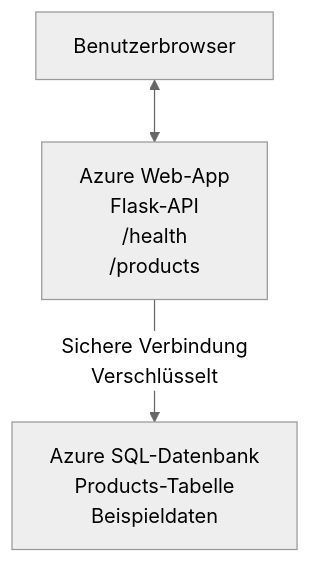
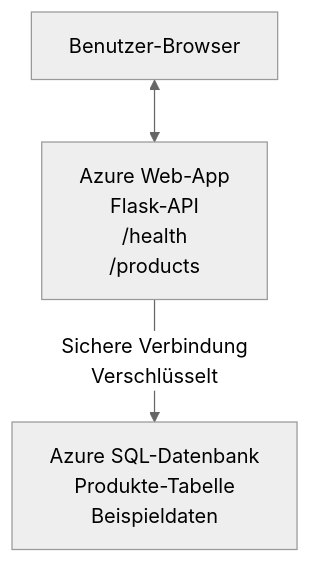
Before and after one commit to microsoft/AZD-for-beginners: the diagram in translations/de/examples/database-app/README.md, drawn with Mermaid (neutral theme). The commit also changed other lines of this file and 104 other files, not shown here.

````diff
--- a/translations/de/examples/database-app/README.md
+++ b/translations/de/examples/database-app/README.md
@@ -72,5 +72,5 @@
 ```mermaid
 graph TD
-    Browser[Benutzerbrowser] <--> WebApp[Azure Web-App<br/>Flask-API<br/>/health<br/>/products]
-    WebApp -- Sichere Verbindung<br/>Verschlüsselt --> SQL[Azure SQL-Datenbank<br/>Products-Tabelle<br/>Beispieldaten]
+    Browser[Benutzer-Browser] <--> WebApp[Azure Web-App<br/>Flask-API<br/>/health<br/>/products]
+    WebApp -- Sichere Verbindung<br/>Verschlüsselt --> SQL[Azure SQL-Datenbank<br/>Produkte-Tabelle<br/>Beispieldaten]
 ```
````
